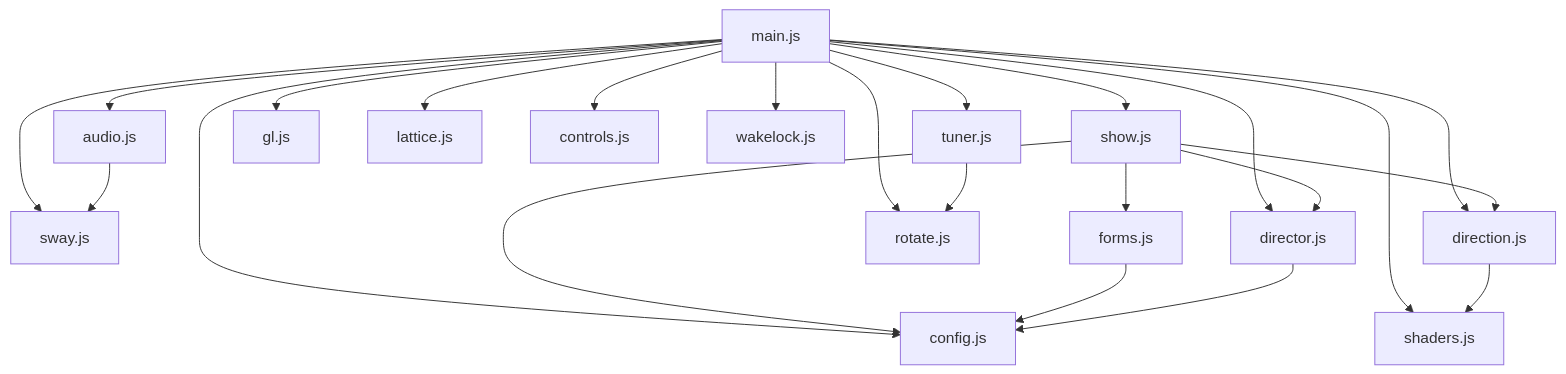
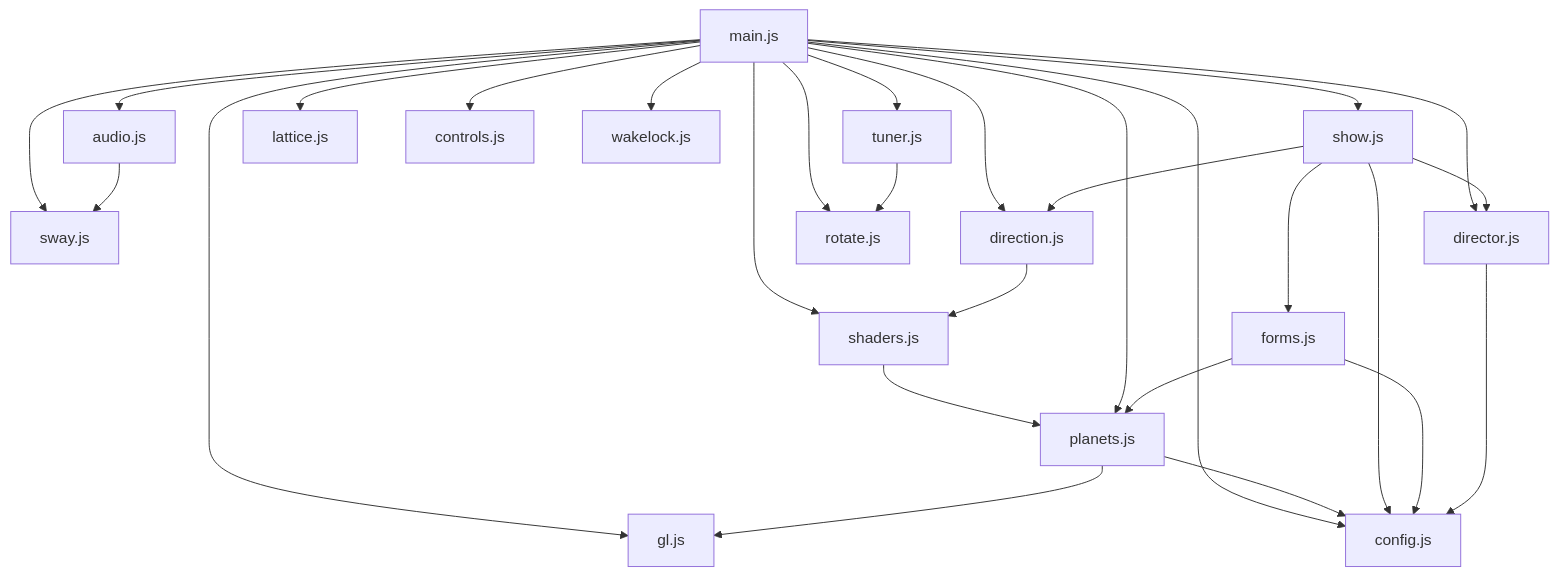
One commit to sf624/rain-of-light changed the third of 3 diagrams in docs/design.md. Above: the diagram before and after it, drawn with Mermaid. The commit also changed other lines of this file and 24 other files, not shown here.

````diff
--- a/docs/design.md
+++ b/docs/design.md
@@ -1201,25 +1310,30 @@
 ```mermaid
 flowchart TD
   main["main.js"] --> tuner["tuner.js"]
   main --> audio["audio.js"]
   main --> sway["sway.js"]
   main --> config["config.js"]
   main --> show["show.js"]
   main --> director["director.js"]
   main --> direction["direction.js"]
   main --> shaders["shaders.js"]
   main --> gl["gl.js"]
   main --> lattice["lattice.js"]
   main --> controls["controls.js"]
   main --> wakelock["wakelock.js"]
   main --> rotate["rotate.js"]
   tuner --> rotate
   audio --> sway
+  shaders --> planets["planets.js"]
+  main --> planets
+  forms --> planets
+  planets --> config
+  planets --> gl
   show --> config
   show --> director
   show --> forms["forms.js"]
   show --> direction
   forms --> config
   director --> config
   direction --> shaders
 ```
````
